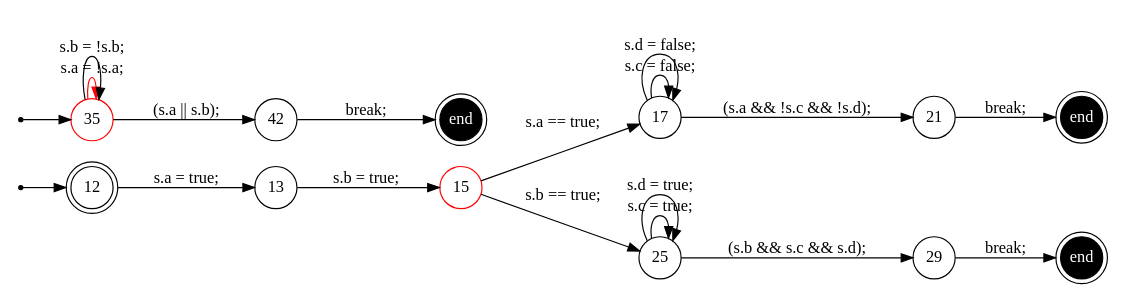
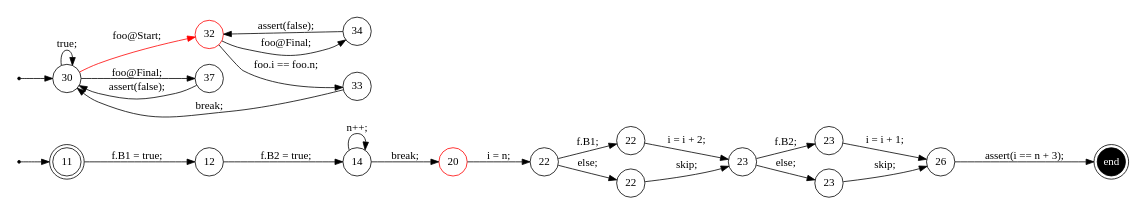
Before and after one commit to samilazregsuidi/Daedalux: the diagram in trace/6.dot, drawn with Graphviz. The commit also changed 63 other files, not shown here.

```diff
--- a/trace/6.dot
+++ b/trace/6.dot
@@ -1,37 +1,48 @@
 digraph finite_state_machine {
 	rankdir=LR
 	size="8,5"
-	94437505318000 [label = 12, shape = doublecircle, fixedsize = true]; 
-	s94437505318000 [shape = point];
-	94437505313568 [label = 35, shape = doublecircle, color = red, fixedsize = true]; 
-	s94437505313568 [shape = point];
-	e94437505311632 [shape = doublecircle, fixedsize = true, style = filled, fillcolor = black, fontcolor = white,  label = end];
-	e94437505313776 [shape = doublecircle, fixedsize = true, style = filled, fillcolor = black, fontcolor = white,  label = end];
-	e94437505315632 [shape = doublecircle, fixedsize = true, style = filled, fillcolor = black, fontcolor = white,  label = end];
-	 94437505318080 [label = 13, shape = circle, fixedsize = true ];
-	 94437505309632 [label = 15, shape = circle, color = red, fixedsize = true ];
-	 94437505310224 [label = 17, shape = circle, fixedsize = true ];
-	 94437505311632 [label = 21, shape = circle, fixedsize = true ];
-	 94437505312144 [label = 25, shape = circle, fixedsize = true ];
-	 94437505313776 [label = 29, shape = circle, fixedsize = true ];
-	 94437505313568 [label = 35, shape = circle, color = red, fixedsize = true ];
-	 94437505315632 [label = 42, shape = circle, fixedsize = true ];
-	s94437505318000 -> 94437505318000;
-	s94437505313568 -> 94437505313568;
-	94437505318000 -> 94437505318080 [ label = "s.a = true; "];
-	94437505318080 -> 94437505309632 [ label = "s.b = true; "];
-	94437505309632 -> 94437505310224 [ label = "s.a == true; "];
-	94437505310224 -> 94437505310224 [ label = "s.c = false; "];
-	94437505310224 -> 94437505310224 [ label = "s.d = false; "];
-	94437505310224 -> 94437505311632 [ label = "(s.a && !s.c && !s.d); "];
-	94437505311632 -> e94437505311632 [ label = "break; "];
-	94437505309632 -> 94437505312144 [ label = "s.b == true; "];
-	94437505312144 -> 94437505312144 [ label = "s.c = true; "];
-	94437505312144 -> 94437505312144 [ label = "s.d = true; "];
-	94437505312144 -> 94437505313776 [ label = "(s.b && s.c && s.d); "];
-	94437505313776 -> e94437505313776 [ label = "break; "];
-	94437505313568 -> 94437505313568 [color = red, label = "s.a = !s.a; "];
-	94437505313568 -> 94437505313568 [ label = "s.b = !s.b; "];
-	94437505313568 -> 94437505315632 [ label = "(s.a || s.b); "];
-	94437505315632 -> e94437505315632 [ label = "break; "];
+	93824993311008 [label = 11, shape = doublecircle, fixedsize = true]; 
+	s93824993311008 [shape = point];
+	93824993307216 [label = 30, shape = doublecircle, fixedsize = true]; 
+	s93824993307216 [shape = point];
+	e93824993306544 [shape = doublecircle, fixedsize = true, style = filled, fillcolor = black, fontcolor = white,  label = end];
+	 93824993312480 [label = 12, shape = circle, fixedsize = true ];
+	 93824993302560 [label = 14, shape = circle, fixedsize = true ];
+	 93824993303360 [label = 20, shape = circle, color = red, fixedsize = true ];
+	 93824993303680 [label = 22, shape = circle, fixedsize = true ];
+	 93824993304480 [label = 22, shape = circle, fixedsize = true ];
+	 93824993305200 [label = 22, shape = circle, fixedsize = true ];
+	 93824993304992 [label = 23, shape = circle, fixedsize = true ];
+	 93824993306032 [label = 23, shape = circle, fixedsize = true ];
+	 93824993306752 [label = 23, shape = circle, fixedsize = true ];
+	 93824993306544 [label = 26, shape = circle, fixedsize = true ];
+	 93824993307216 [label = 30, shape = circle, fixedsize = true ];
+	 93824993307984 [label = 32, shape = circle, color = red, fixedsize = true ];
+	 93824993308816 [label = 33, shape = circle, fixedsize = true ];
+	 93824993309536 [label = 34, shape = circle, fixedsize = true ];
+	 93824993310048 [label = 37, shape = circle, fixedsize = true ];
+	s93824993311008 -> 93824993311008;
+	s93824993307216 -> 93824993307216;
+	93824993311008 -> 93824993312480 [ label = "f.B1 = true; "];
+	93824993312480 -> 93824993302560 [ label = "f.B2 = true; "];
+	93824993302560 -> 93824993303360 [ label = "break; "];
+	93824993302560 -> 93824993302560 [ label = "n++; "];
+	93824993303360 -> 93824993303680 [ label = "i = n; "];
+	93824993303680 -> 93824993304480 [ label = "f.B1; "];
+	93824993304480 -> 93824993304992 [ label = "i = i + 2; "];
+	93824993303680 -> 93824993305200 [ label = "else; "];
+	93824993305200 -> 93824993304992 [ label = "skip; "];
+	93824993304992 -> 93824993306032 [ label = "f.B2; "];
+	93824993306032 -> 93824993306544 [ label = "i = i + 1; "];
+	93824993304992 -> 93824993306752 [ label = "else; "];
+	93824993306752 -> 93824993306544 [ label = "skip; "];
+	93824993306544 -> e93824993306544 [ label = "assert(i == n + 3); "];
+	93824993307216 -> 93824993307984 [color = red, label = "foo@Start; "];
+	93824993307984 -> 93824993308816 [ label = "foo.i == foo.n; "];
+	93824993308816 -> 93824993307216 [ label = "break; "];
+	93824993307984 -> 93824993309536 [ label = "foo@Final; "];
+	93824993309536 -> 93824993307984 [ label = "assert(false); "];
+	93824993307216 -> 93824993310048 [ label = "foo@Final; "];
+	93824993310048 -> 93824993307216 [ label = "assert(false); "];
+	93824993307216 -> 93824993307216 [ label = "true; "];
 }
```
